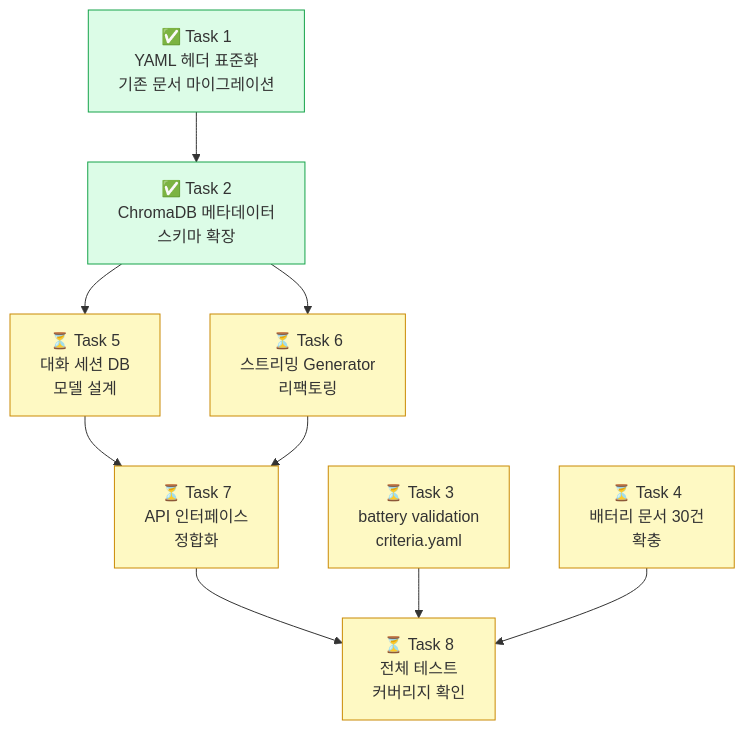
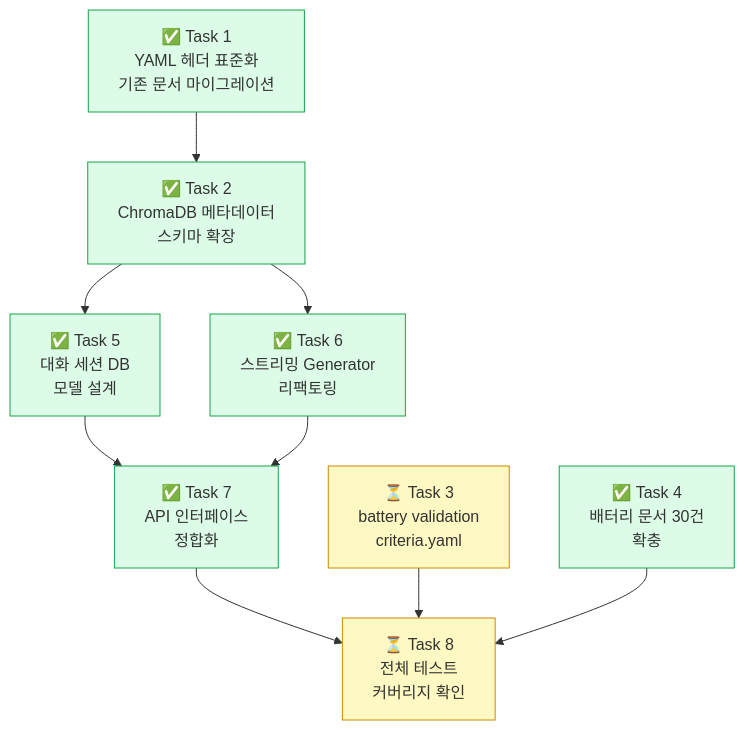
The second of 4 diagrams in README.md (ygyun3937/pipeline), drawn with Mermaid before and after one commit. The commit also changed other lines of this file and 5 other files, not shown here.

First line of the commit message:
feat: Stage 1 Task 7 — chat_router API 인터페이스 정합화

````diff
--- a/README.md
+++ b/README.md
@@ -39,28 +39,28 @@
 ```mermaid
 flowchart TD
     T1["✅ Task 1\nYAML 헤더 표준화\n기존 문서 마이그레이션"]
     T2["✅ Task 2\nChromaDB 메타데이터\n스키마 확장"]
     T3["⏳ Task 3\nbattery validation\ncriteria.yaml"]
-    T4["⏳ Task 4\n배터리 문서 30건\n확충"]
-    T5["⏳ Task 5\n대화 세션 DB\n모델 설계"]
-    T6["⏳ Task 6\n스트리밍 Generator\n리팩토링"]
-    T7["⏳ Task 7\nAPI 인터페이스\n정합화"]
+    T4["✅ Task 4\n배터리 문서 30건\n확충"]
+    T5["✅ Task 5\n대화 세션 DB\n모델 설계"]
+    T6["✅ Task 6\n스트리밍 Generator\n리팩토링"]
+    T7["✅ Task 7\nAPI 인터페이스\n정합화"]
     T8["⏳ Task 8\n전체 테스트\n커버리지 확인"]
 
     T1 --> T2 --> T5
     T2 --> T6
     T5 --> T7
     T6 --> T7
     T7 --> T8
     T3 --> T8
     T4 --> T8
 
     style T1 fill:#dcfce7,stroke:#16a34a
     style T2 fill:#dcfce7,stroke:#16a34a
     style T3 fill:#fef9c3,stroke:#ca8a04
-    style T4 fill:#fef9c3,stroke:#ca8a04
-    style T5 fill:#fef9c3,stroke:#ca8a04
-    style T6 fill:#fef9c3,stroke:#ca8a04
-    style T7 fill:#fef9c3,stroke:#ca8a04
+    style T4 fill:#dcfce7,stroke:#16a34a
+    style T5 fill:#dcfce7,stroke:#16a34a
+    style T6 fill:#dcfce7,stroke:#16a34a
+    style T7 fill:#dcfce7,stroke:#16a34a
     style T8 fill:#fef9c3,stroke:#ca8a04
 ```
````
